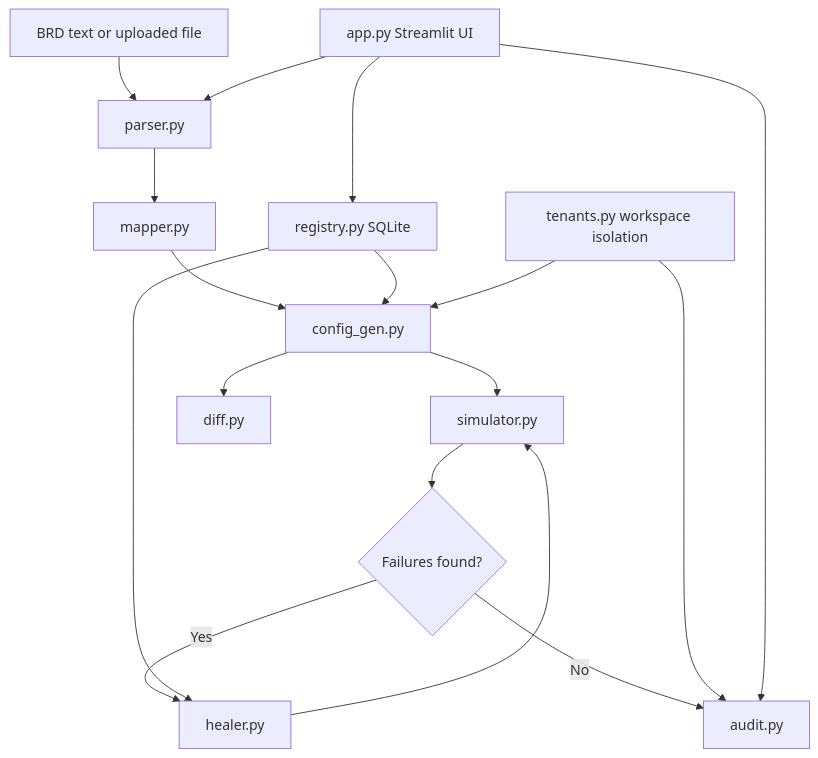
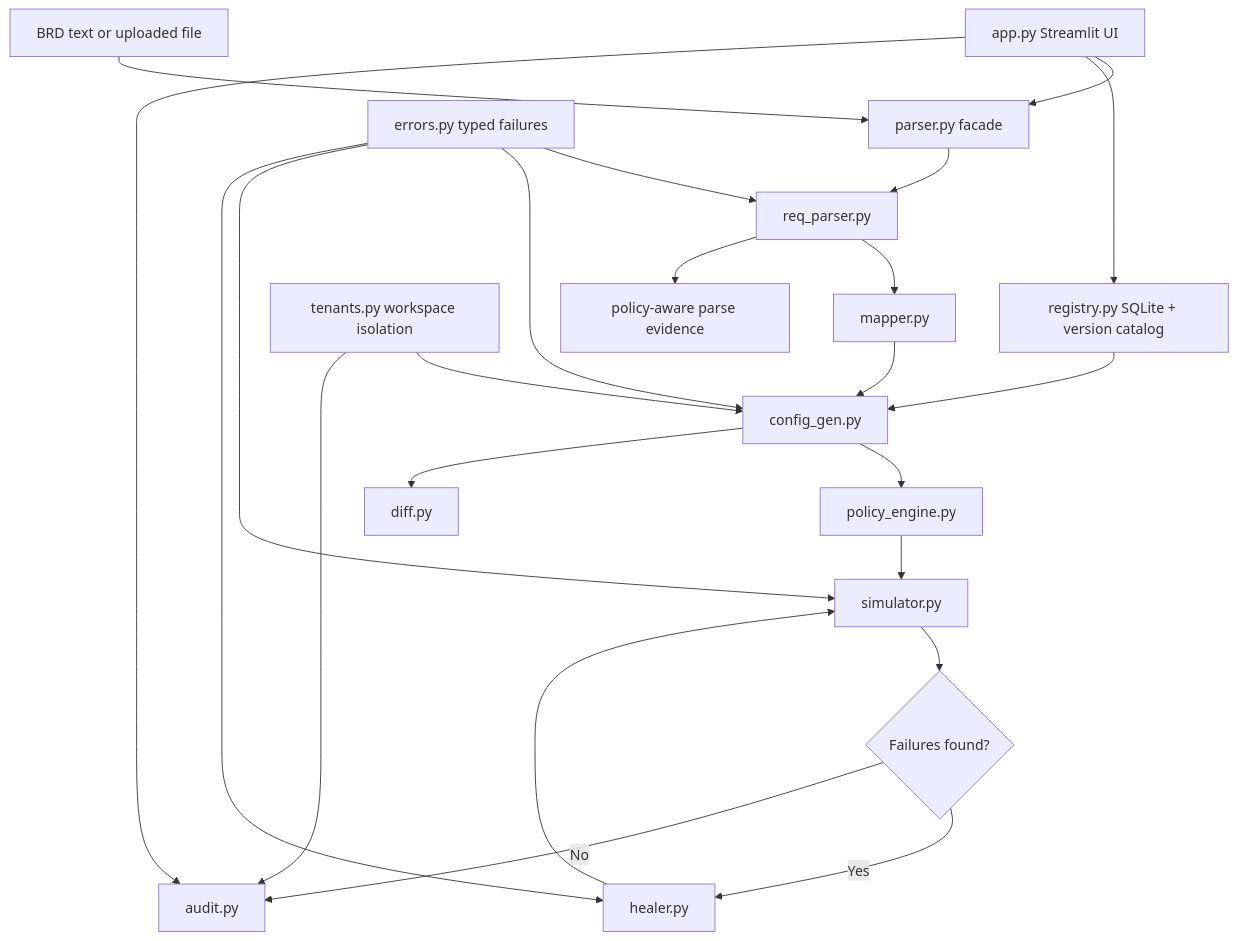
Before and after one commit to varun24-ops/finspark-engine: the diagram in readme.md, drawn with Mermaid. The commit also changed other lines of this file and 1 other file, not shown here.

Commit message:
Improve UI contrast and refresh docs

````diff
--- a/readme.md
+++ b/readme.md
@@ -49,19 +54,25 @@
 ```mermaid
 flowchart TD
-    A[BRD text or uploaded file] --> B[parser.py]
-    B --> C[mapper.py]
-    C --> D[config_gen.py]
-    D --> E[simulator.py]
-    E --> F{Failures found?}
-    F -- Yes --> G[healer.py]
-    G --> E
-    F -- No --> H[audit.py]
-    D --> I[diff.py]
-    J[registry.py SQLite] --> D
-    J --> G
-    K[tenants.py workspace isolation] --> D
+    A[BRD text or uploaded file] --> B[parser.py facade]
+    B --> C[req_parser.py]
+    C --> D[mapper.py]
+    C --> E[policy-aware parse evidence]
+    D --> F[config_gen.py]
+    J[registry.py SQLite + version catalog] --> F
+    F --> G[policy_engine.py]
+    G --> H[simulator.py]
+    H --> I{Failures found?}
+    I -- Yes --> K[healer.py]
     K --> H
-    L[app.py Streamlit UI] --> B
-    L --> J
-    L --> H
+    I -- No --> L[audit.py]
+    F --> M[diff.py]
+    N[tenants.py workspace isolation] --> F
+    N --> L
+    O[errors.py typed failures] --> C
+    O --> F
+    O --> H
+    O --> K
+    P[app.py Streamlit UI] --> B
+    P --> J
+    P --> L
 ```
````
